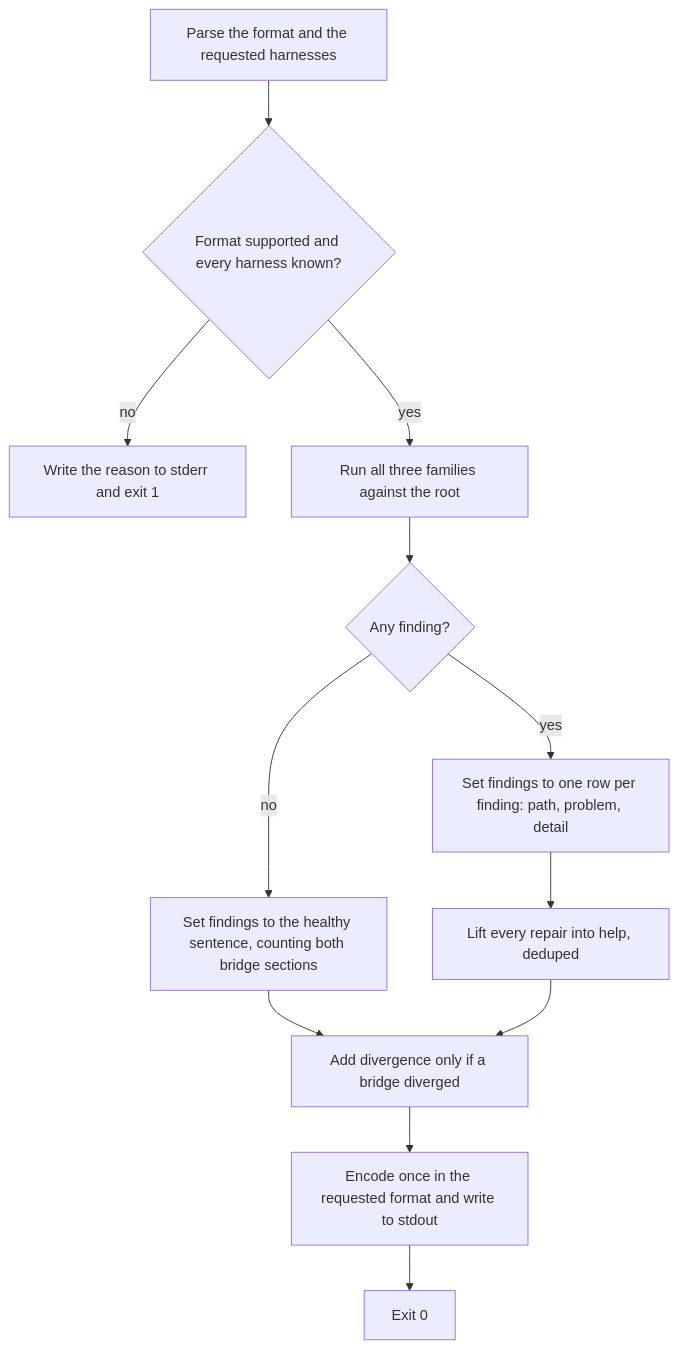
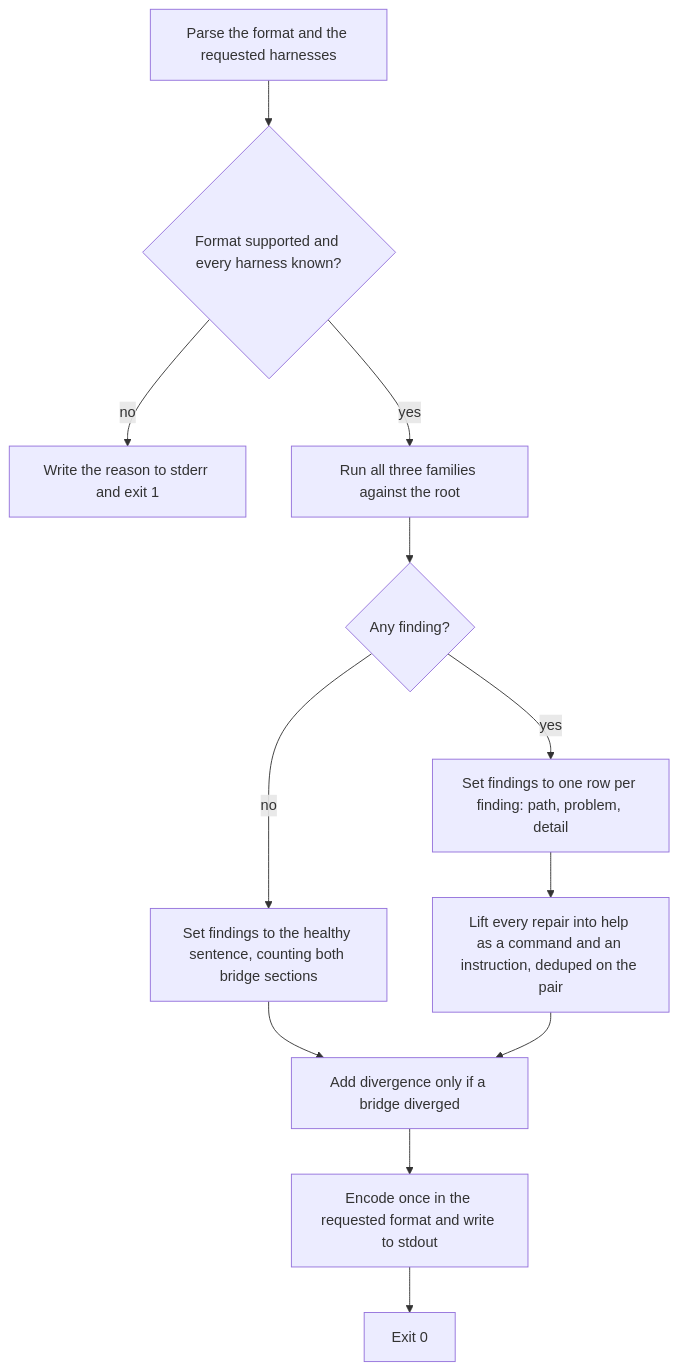
Before and after one commit to repobuddy/buddy-agent-harness: the diagram in packages/buddy-agent-harness/.agents/spec/cli/diagnosis-report/README.md, drawn with Mermaid. The commit also changed other lines of this file and 5 other files, not shown here.

First line of the commit message:
docs(spec): specify the report's repair as a command and an instruction

````diff
--- a/packages/buddy-agent-harness/.agents/spec/cli/diagnosis-report/README.md
+++ b/packages/buddy-agent-harness/.agents/spec/cli/diagnosis-report/README.md
@@ -85,14 +95,14 @@
 ```mermaid
 flowchart TD
   A[Parse the format and the requested harnesses] --> B{Format supported and every harness known?}
   B -->|no| C[Write the reason to stderr and exit 1]
   B -->|yes| D[Run all three families against the root]
   D --> E{Any finding?}
   E -->|no| F[Set findings to the healthy sentence, counting both bridge sections]
   E -->|yes| G[Set findings to one row per finding: path, problem, detail]
-  G --> H[Lift every repair into help, deduped]
+  G --> H[Lift every repair into help as a command and an instruction, deduped on the pair]
   F --> I[Add divergence only if a bridge diverged]
   H --> I
   I --> J[Encode once in the requested format and write to stdout]
   J --> K[Exit 0]
 ```
````
